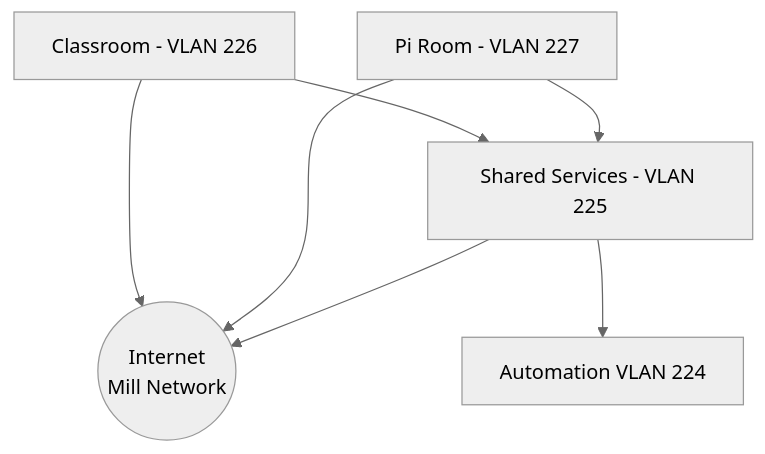
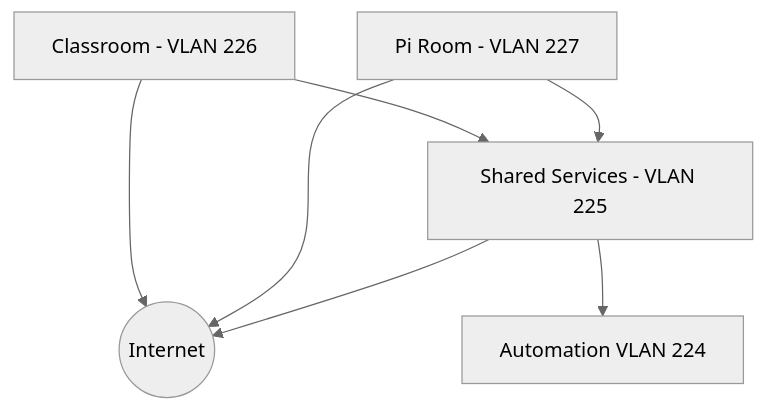
One commit to leigh-hackspace/HackspaceWiki changed the second of 2 diagrams in docs/membership/member_information/network_layout.md. Above: the diagram before and after it, drawn with Mermaid (neutral theme). The commit also changed other lines of this file, not shown here.

Commit message:
Update network layout

````diff
--- a/docs/membership/member_information/network_layout.md
+++ b/docs/membership/member_information/network_layout.md
@@ -60,15 +61,15 @@
 ```mermaid
 graph
-    INTERNET((Internet<br/>Mill Network))
+    INTERNET((Internet))
     PIROOM[Pi Room - VLAN 227]
     CLASSROOM[Classroom - VLAN 226]
     SHARED[Shared Services - VLAN 225]
     AUTOMATION[Automation VLAN 224]
     SHARED --> INTERNET
     PIROOM --> INTERNET
     CLASSROOM --> INTERNET
     
     PIROOM --> SHARED
     CLASSROOM --> SHARED
     SHARED --> AUTOMATION
 ```
````
